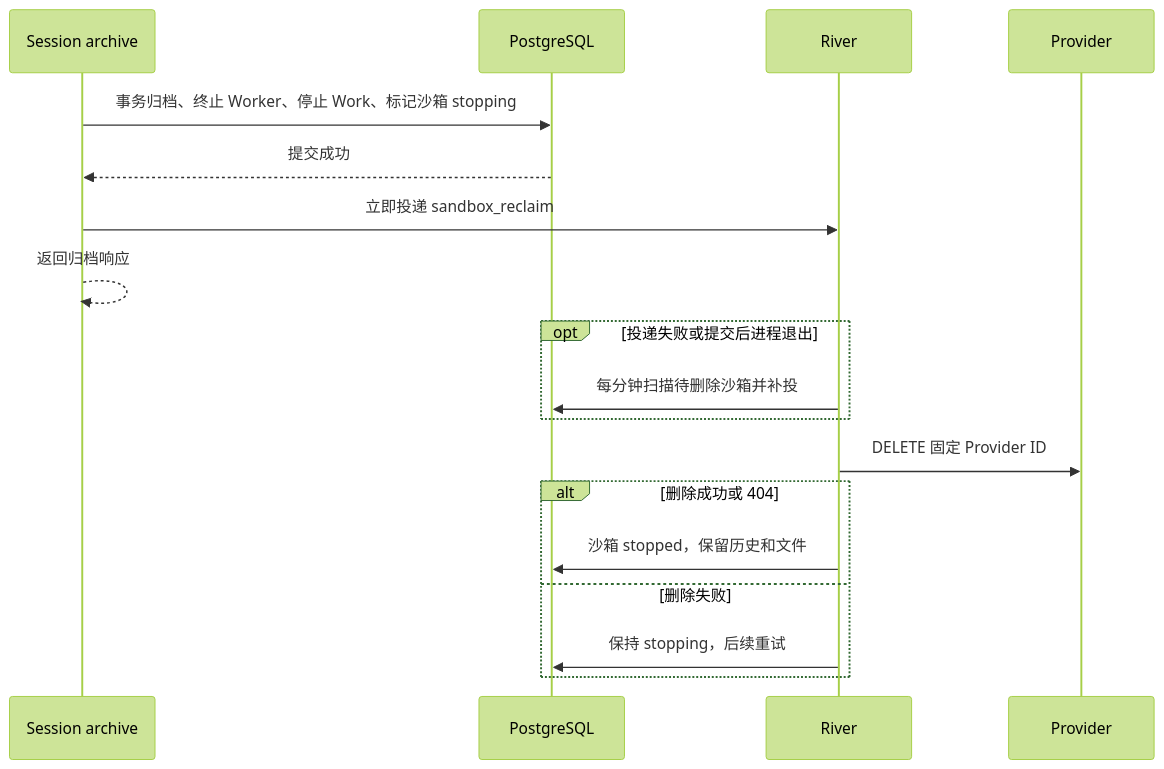
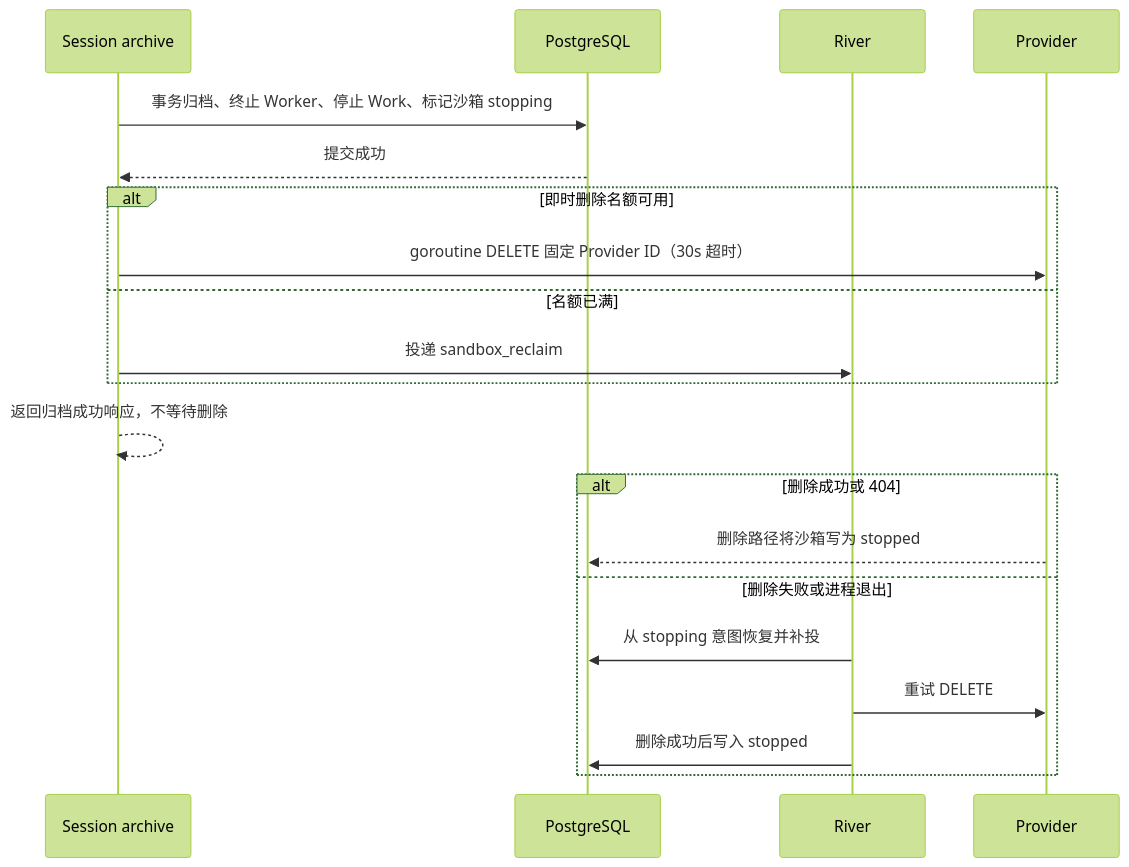
The second of 2 diagrams in docs/design/be/sandbox-lifecycle.md (superduck-ai/open-managed-agents), drawn with Mermaid (forest theme) before and after one commit. The commit also changed other lines of this file and 4 other files, not shown here.

````diff
--- a/docs/design/be/sandbox-lifecycle.md
+++ b/docs/design/be/sandbox-lifecycle.md
@@ -84,20 +92,22 @@
 ```mermaid
 sequenceDiagram
     participant API as Session archive
     participant DB as PostgreSQL
     participant River
     participant Provider
     API->>DB: 事务归档、终止 Worker、停止 Work、标记沙箱 stopping
     DB-->>API: 提交成功
-    API->>River: 立即投递 sandbox_reclaim
-    API-->>API: 返回归档响应
-    opt 投递失败或提交后进程退出
-        River->>DB: 每分钟扫描待删除沙箱并补投
+    alt 即时删除名额可用
+        API->>Provider: goroutine DELETE 固定 Provider ID（30s 超时）
+    else 名额已满
+        API->>River: 投递 sandbox_reclaim
     end
-    River->>Provider: DELETE 固定 Provider ID
+    API-->>API: 返回归档成功响应，不等待删除
     alt 删除成功或 404
-        River->>DB: 沙箱 stopped，保留历史和文件
-    else 删除失败
-        River->>DB: 保持 stopping，后续重试
+        Provider-->>DB: 删除路径将沙箱写为 stopped
+    else 删除失败或进程退出
+        River->>DB: 从 stopping 意图恢复并补投
+        River->>Provider: 重试 DELETE
+        River->>DB: 删除成功后写入 stopped
     end
 ```
````
